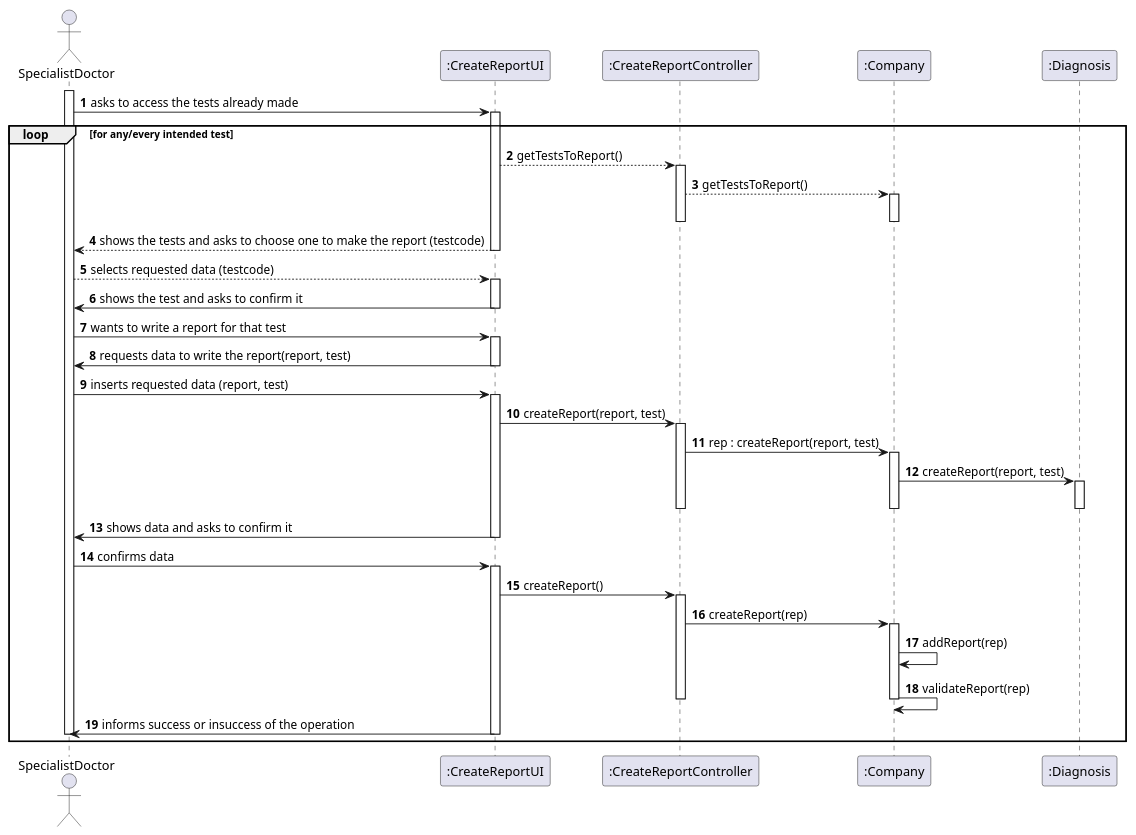
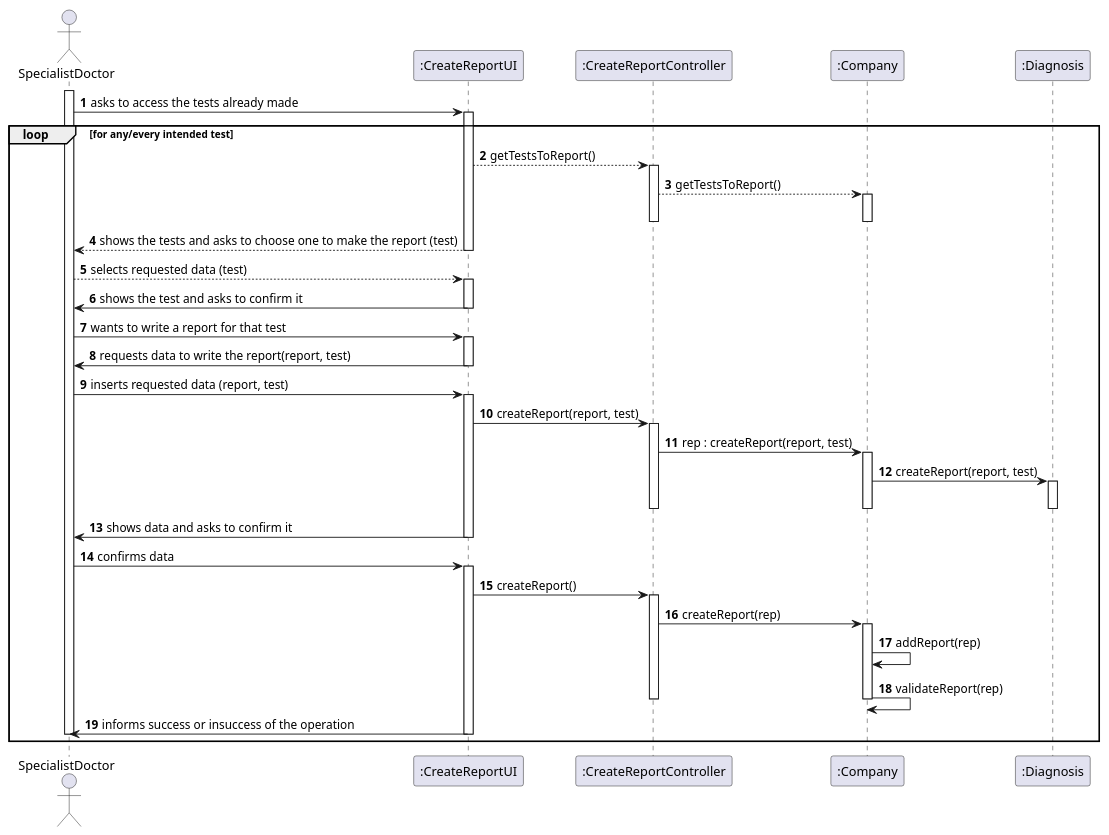
The diagram in docs/SprintC/US14/US14_SD.puml (jsmarques98/LAPR2-ISEP), drawn with PlantUML before and after one commit. The commit also changed 10 other files, not shown here.

```diff
--- a/docs/SprintC/US14/US14_SD.puml
+++ b/docs/SprintC/US14/US14_SD.puml
@@ -1,100 +1,100 @@
 @startuml
 autonumber
 
 actor "SpecialistDoctor" as Spec
 
 participant ":CreateReportUI" as UI
 participant ":CreateReportController" as CRC
 participant ":Company" as COM
 participant ":Diagnosis" as DIAG
 
 
 activate Spec
 
 Spec -> UI : asks to access the tests already made
 
 loop for any/every intended test
 
 activate UI
 
 UI --> CRC : getTestsToReport()
 
 activate CRC
 
 CRC --> COM : getTestsToReport()
 
 activate COM
 
 deactivate COM
 
 deactivate CRC
 
-UI --> Spec : shows the tests and asks to choose one to make the report (testcode)
+UI --> Spec : shows the tests and asks to choose one to make the report (test)
 
 deactivate UI
 
-Spec --> UI : selects requested data (testcode)
+Spec --> UI : selects requested data (test)
 
 activate UI
 
 UI -> Spec : shows the test and asks to confirm it
 
 deactivate UI
 
 Spec -> UI : wants to write a report for that test
 
 activate UI
 
 UI -> Spec : requests data to write the report(report, test)
 
 deactivate UI
 
 Spec -> UI : inserts requested data (report, test)
 
 activate UI
 
 UI -> CRC : createReport(report, test)
 
 activate CRC
 
 CRC -> COM : rep : createReport(report, test)
 
 activate COM
 
 COM -> DIAG : createReport(report, test)
 
 activate DIAG
 
 deactivate DIAG
 deactivate COM
 deactivate CRC
 
 UI -> Spec : shows data and asks to confirm it
 
 deactivate UI
 
 Spec -> UI : confirms data
 
 activate UI
 
 UI -> CRC : createReport()
 
 activate CRC
 
 CRC -> COM : createReport(rep)
 
 activate COM
 
 COM -> COM : addReport(rep)
 COM -> COM : validateReport(rep)
 
 deactivate COM
 deactivate CRC
 
 UI -> Spec : informs success or insuccess of the operation
 
 deactivate UI
 deactivate Spec
 
 end
 @enduml
```
